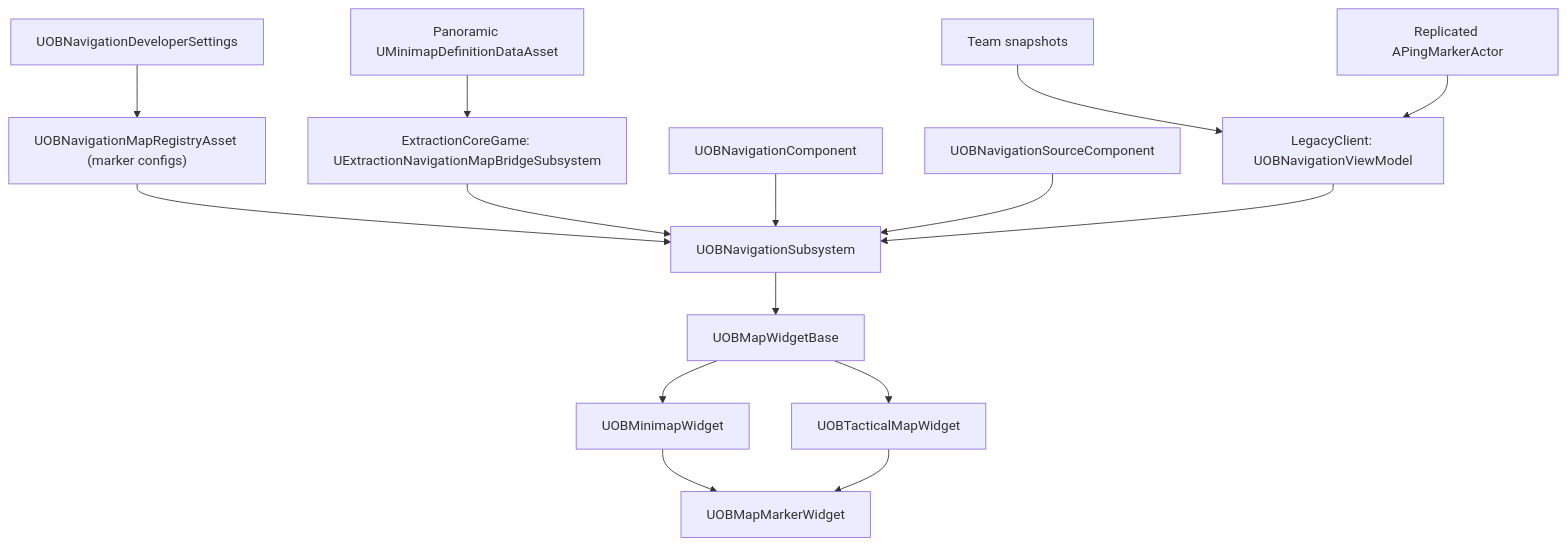
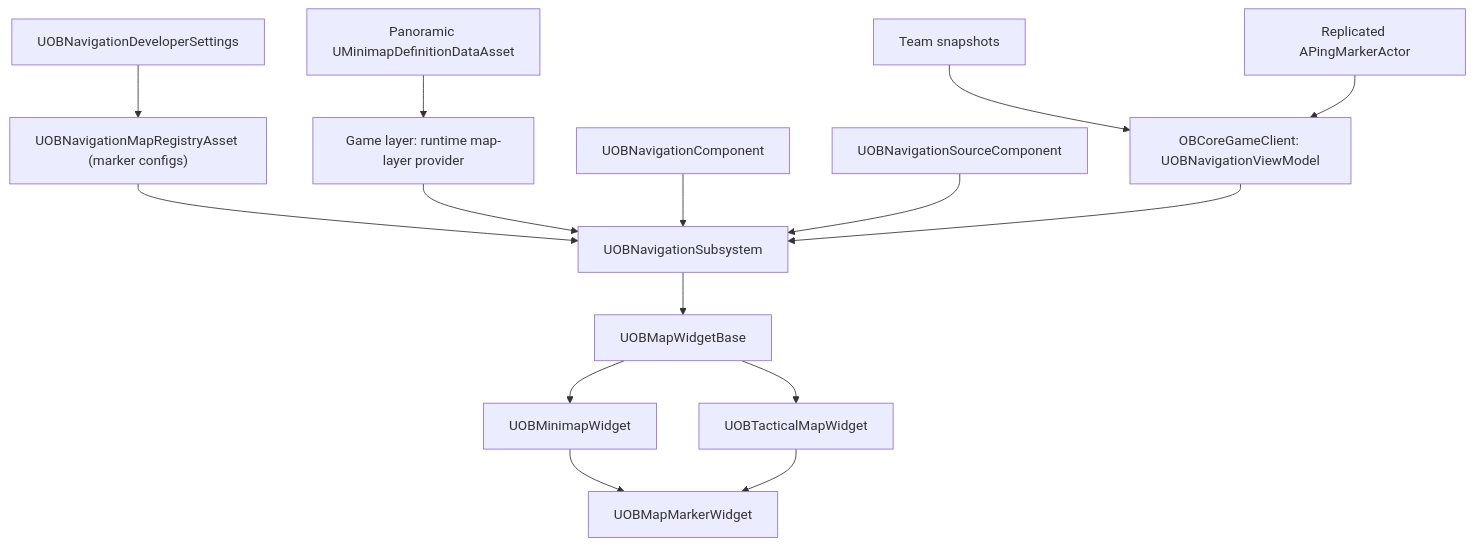
Before and after one commit to oaiba/OBNavigation: the diagram in README.md, drawn with Mermaid. The commit also changed other lines of this file and 1 other file, not shown here.

Commit message:
Refactor documentation to remove legacy references and clarify runtime map layer integration

````diff
--- a/README.md
+++ b/README.md
@@ -33,32 +33,32 @@
 ```mermaid
 flowchart TD
     Registry["UOBNavigationMapRegistryAsset (marker configs)"]
     Panoramic["Panoramic UMinimapDefinitionDataAsset"]
-    MapBridge["ExtractionCoreGame: UExtractionNavigationMapBridgeSubsystem"]
+    MapProvider["Game layer: runtime map-layer provider"]
     Settings["UOBNavigationDeveloperSettings"]
     Subsystem["UOBNavigationSubsystem"]
     Source["UOBNavigationSourceComponent"]
     NavComp["UOBNavigationComponent"]
-    Bridge["LegacyClient: UOBNavigationViewModel"]
+    Bridge["OBCoreGameClient: UOBNavigationViewModel"]
     Team["Team snapshots"]
     Pings["Replicated APingMarkerActor"]
     BaseWidget["UOBMapWidgetBase"]
     Minimap["UOBMinimapWidget"]
     Tactical["UOBTacticalMapWidget"]
     MarkerWidget["UOBMapMarkerWidget"]
 
     Settings --> Registry
     Registry --> Subsystem
-    Panoramic --> MapBridge
-    MapBridge --> Subsystem
+    Panoramic --> MapProvider
+    MapProvider --> Subsystem
     NavComp --> Subsystem
     Source --> Subsystem
     Team --> Bridge
     Pings --> Bridge
     Bridge --> Subsystem
     Subsystem --> BaseWidget
     BaseWidget --> Minimap
     BaseWidget --> Tactical
     Minimap --> MarkerWidget
     Tactical --> MarkerWidget
 ```
````
